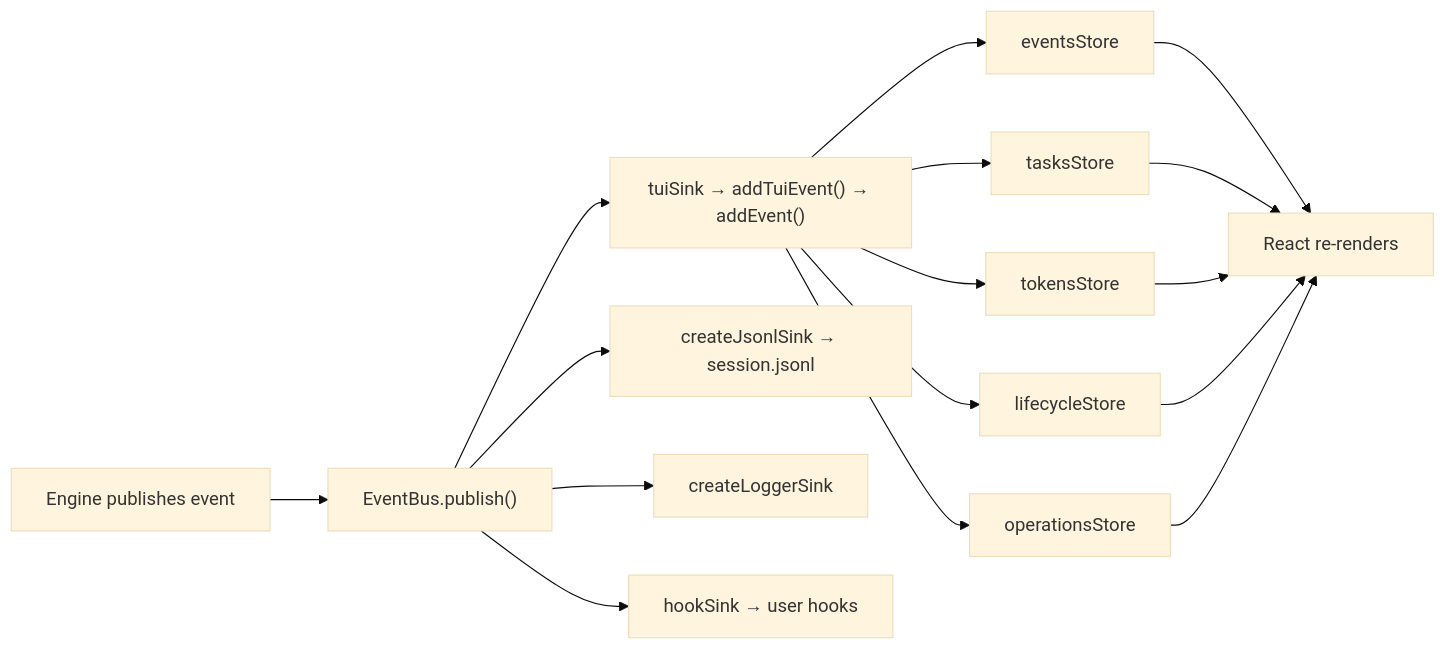
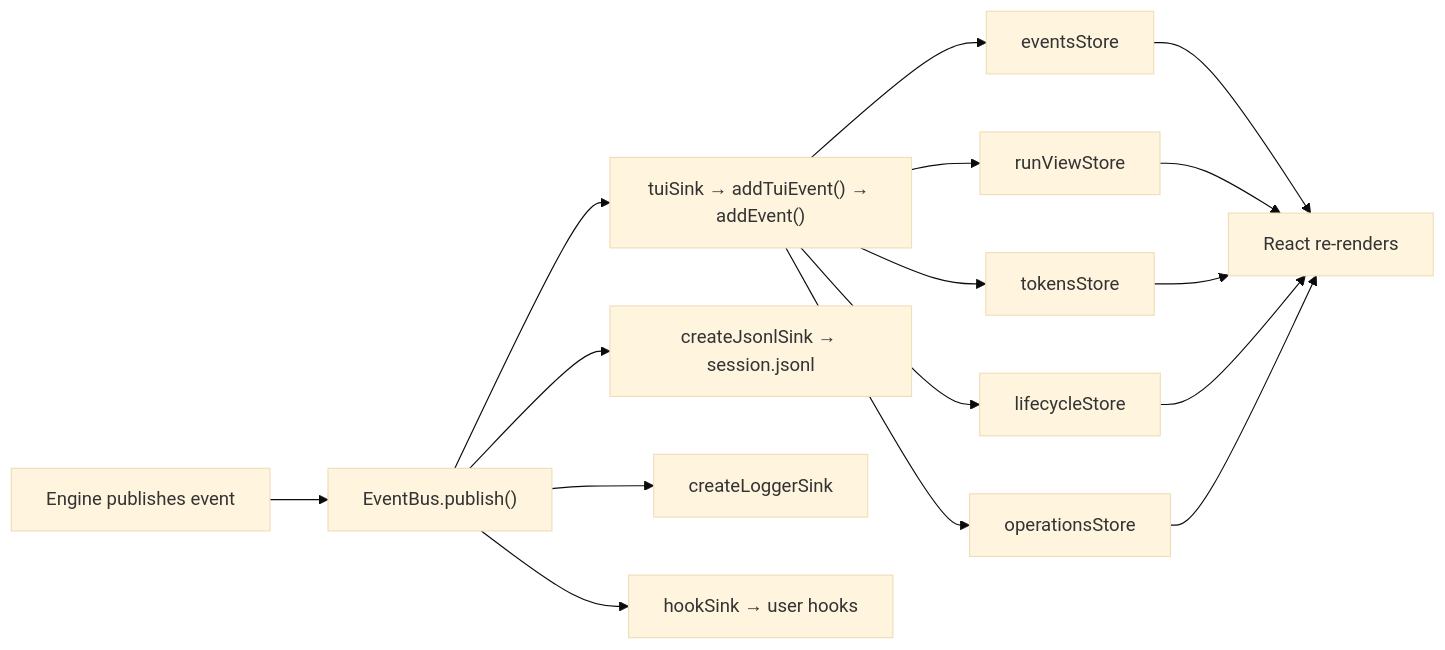
Before and after one commit to b4r7x/splitbrief: the second of 2 diagrams in docs/HOW-IT-WORKS.md, drawn with Mermaid (base theme). The commit also changed other lines of this file and 99 other files, not shown here.

First line of the commit message:
Fold the briefs and their counts in the run view

````diff
--- a/docs/HOW-IT-WORKS.md
+++ b/docs/HOW-IT-WORKS.md
@@ -206,18 +206,18 @@
 ```mermaid
 graph LR
     Engine["Engine publishes event"] --> Bus["EventBus.publish()"]
     Bus --> TUI["tuiSink → addTuiEvent() → addEvent()"]
     Bus --> JSONL["createJsonlSink → session.jsonl"]
     Bus --> Log["createLoggerSink"]
     Bus --> Hook["hookSink → user hooks"]
     TUI --> Events["eventsStore"]
-    TUI --> Tasks["tasksStore"]
+    TUI --> RunView["runViewStore"]
     TUI --> Tokens["tokensStore"]
     TUI --> Lifecycle["lifecycleStore"]
     TUI --> Operations["operationsStore"]
     Events --> React["React re-renders"]
-    Tasks --> React
+    RunView --> React
     Tokens --> React
     Lifecycle --> React
     Operations --> React
 ```
````
